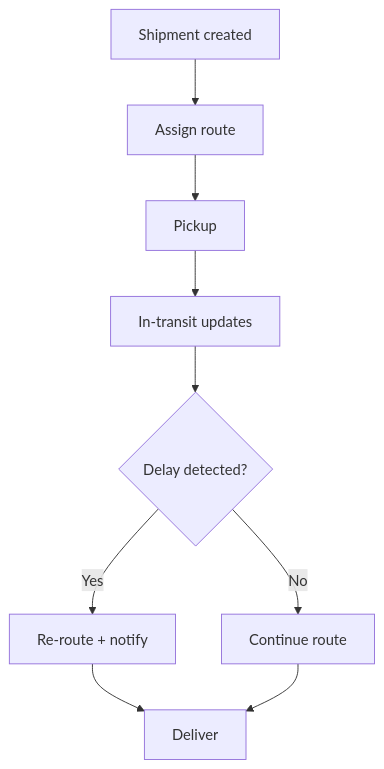
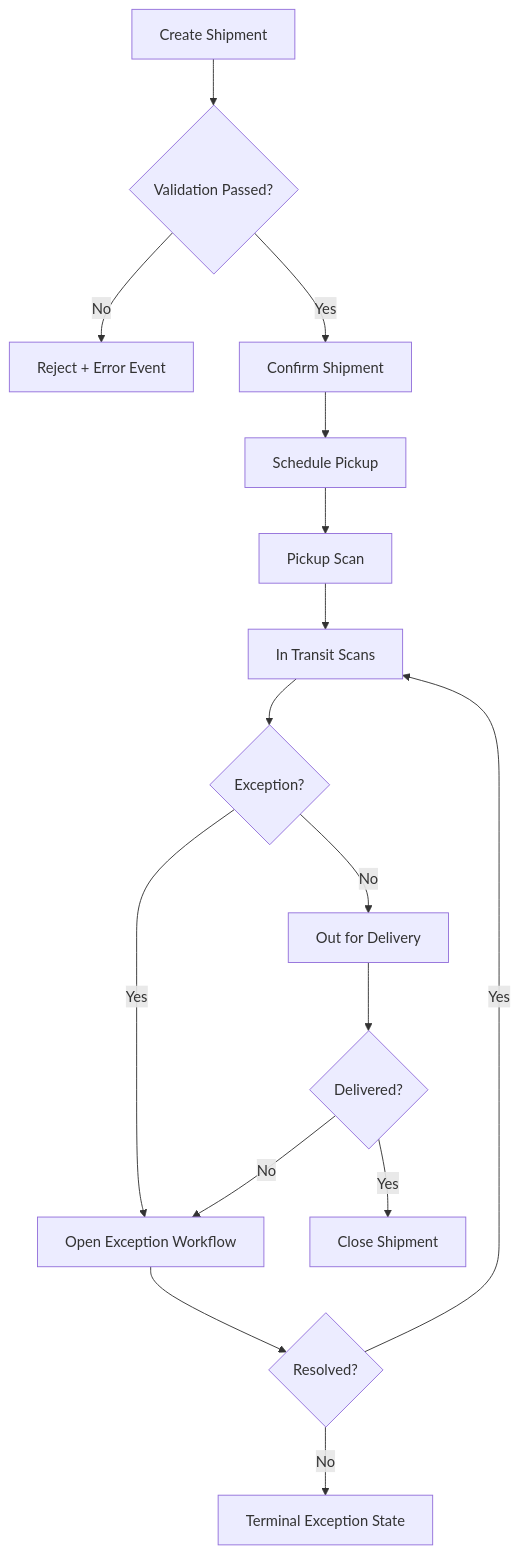
One commit to 0Ankit0/Project-Ideas changed the diagram in Logistics Tracking System/analysis/activity-diagram.md. Above: the diagram before and after it, drawn with Mermaid. The commit also changed other lines of this file and 36 other files, not shown here.

Commit message:
Deepen logistics docs with implementation-ready diagrams and operations guidance

````diff
--- a/Logistics Tracking System/analysis/activity-diagram.md
+++ b/Logistics Tracking System/analysis/activity-diagram.md
@@ -3,11 +3,18 @@
 ```mermaid
 flowchart TD
-  A[Shipment created] --> B[Assign route]
-  B --> C[Pickup]
-  C --> D[In-transit updates]
-  D --> E{Delay detected?}
-  E -- Yes --> F[Re-route + notify]
-  E -- No --> G[Continue route]
-  F --> H[Deliver]
-  G --> H[Deliver]
+  A[Create Shipment] --> B{Validation Passed?}
+  B -- No --> X[Reject + Error Event]
+  B -- Yes --> C[Confirm Shipment]
+  C --> D[Schedule Pickup]
+  D --> E[Pickup Scan]
+  E --> F[In Transit Scans]
+  F --> G{Exception?}
+  G -- Yes --> H[Open Exception Workflow]
+  H --> I{Resolved?}
+  I -- Yes --> F
+  I -- No --> J[Terminal Exception State]
+  G -- No --> K[Out for Delivery]
+  K --> L{Delivered?}
+  L -- Yes --> M[Close Shipment]
+  L -- No --> H
 ```
````
